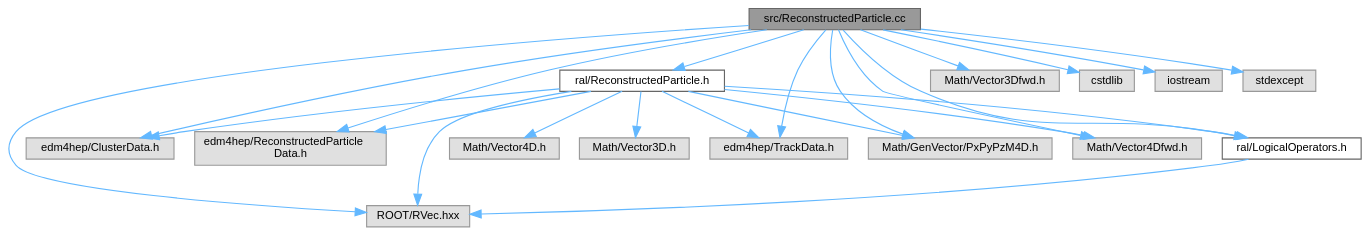
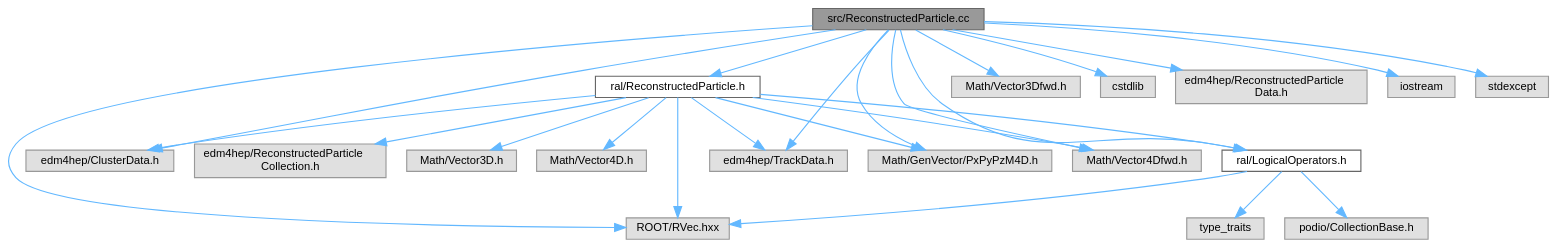
Before and after one commit to kjvbrt/ral: the diagram in docs/ReconstructedParticle_8cc__incl.dot, drawn with Graphviz. The commit also changed 23 other files, not shown here.

```diff
--- a/docs/ReconstructedParticle_8cc__incl.dot
+++ b/docs/ReconstructedParticle_8cc__incl.dot
@@ -1,44 +1,49 @@
 digraph "src/ReconstructedParticle.cc"
 {
  // LATEX_PDF_SIZE
   bgcolor="transparent";
   edge [fontname=Helvetica,fontsize=10,labelfontname=Helvetica,labelfontsize=10];
   node [fontname=Helvetica,fontsize=10,shape=box,height=0.2,width=0.4];
   Node1 [id="Node000001",label="src/ReconstructedParticle.cc",height=0.2,width=0.4,color="gray40", fillcolor="grey60", style="filled", fontcolor="black",tooltip=" "];
   Node1 -> Node2 [id="edge1_Node000001_Node000002",color="steelblue1",style="solid",tooltip=" "];
   Node2 [id="Node000002",label="ral/ReconstructedParticle.h",height=0.2,width=0.4,color="grey40", fillcolor="white", style="filled",URL="$ReconstructedParticle_8h.html",tooltip=" "];
   Node2 -> Node3 [id="edge2_Node000002_Node000003",color="steelblue1",style="solid",tooltip=" "];
   Node3 [id="Node000003",label="Math/Vector3D.h",height=0.2,width=0.4,color="grey60", fillcolor="#E0E0E0", style="filled",tooltip=" "];
   Node2 -> Node4 [id="edge3_Node000002_Node000004",color="steelblue1",style="solid",tooltip=" "];
   Node4 [id="Node000004",label="Math/Vector4D.h",height=0.2,width=0.4,color="grey60", fillcolor="#E0E0E0", style="filled",tooltip=" "];
   Node2 -> Node5 [id="edge4_Node000002_Node000005",color="steelblue1",style="solid",tooltip=" "];
   Node5 [id="Node000005",label="ROOT/RVec.hxx",height=0.2,width=0.4,color="grey60", fillcolor="#E0E0E0", style="filled",tooltip=" "];
   Node2 -> Node6 [id="edge5_Node000002_Node000006",color="steelblue1",style="solid",tooltip=" "];
   Node6 [id="Node000006",label="edm4hep/ClusterData.h",height=0.2,width=0.4,color="grey60", fillcolor="#E0E0E0", style="filled",tooltip=" "];
   Node2 -> Node7 [id="edge6_Node000002_Node000007",color="steelblue1",style="solid",tooltip=" "];
-  Node7 [id="Node000007",label="edm4hep/ReconstructedParticle\lData.h",height=0.2,width=0.4,color="grey60", fillcolor="#E0E0E0", style="filled",tooltip=" "];
+  Node7 [id="Node000007",label="edm4hep/ReconstructedParticle\lCollection.h",height=0.2,width=0.4,color="grey60", fillcolor="#E0E0E0", style="filled",tooltip=" "];
   Node2 -> Node8 [id="edge7_Node000002_Node000008",color="steelblue1",style="solid",tooltip=" "];
   Node8 [id="Node000008",label="edm4hep/TrackData.h",height=0.2,width=0.4,color="grey60", fillcolor="#E0E0E0", style="filled",tooltip=" "];
   Node2 -> Node9 [id="edge8_Node000002_Node000009",color="steelblue1",style="solid",tooltip=" "];
   Node9 [id="Node000009",label="ral/LogicalOperators.h",height=0.2,width=0.4,color="grey40", fillcolor="white", style="filled",URL="$LogicalOperators_8h.html",tooltip=" "];
-  Node9 -> Node5 [id="edge9_Node000009_Node000005",color="steelblue1",style="solid",tooltip=" "];
-  Node2 -> Node10 [id="edge10_Node000002_Node000010",color="steelblue1",style="solid",tooltip=" "];
-  Node10 [id="Node000010",label="Math/GenVector/PxPyPzM4D.h",height=0.2,width=0.4,color="grey60", fillcolor="#E0E0E0", style="filled",tooltip=" "];
-  Node2 -> Node11 [id="edge11_Node000002_Node000011",color="steelblue1",style="solid",tooltip=" "];
-  Node11 [id="Node000011",label="Math/Vector4Dfwd.h",height=0.2,width=0.4,color="grey60", fillcolor="#E0E0E0", style="filled",tooltip=" "];
-  Node1 -> Node9 [id="edge12_Node000001_Node000009",color="steelblue1",style="solid",tooltip=" "];
-  Node1 -> Node10 [id="edge13_Node000001_Node000010",color="steelblue1",style="solid",tooltip=" "];
-  Node1 -> Node12 [id="edge14_Node000001_Node000012",color="steelblue1",style="solid",tooltip=" "];
-  Node12 [id="Node000012",label="Math/Vector3Dfwd.h",height=0.2,width=0.4,color="grey60", fillcolor="#E0E0E0", style="filled",tooltip=" "];
-  Node1 -> Node11 [id="edge15_Node000001_Node000011",color="steelblue1",style="solid",tooltip=" "];
-  Node1 -> Node5 [id="edge16_Node000001_Node000005",color="steelblue1",style="solid",tooltip=" "];
+  Node9 -> Node10 [id="edge9_Node000009_Node000010",color="steelblue1",style="solid",tooltip=" "];
+  Node10 [id="Node000010",label="type_traits",height=0.2,width=0.4,color="grey60", fillcolor="#E0E0E0", style="filled",tooltip=" "];
+  Node9 -> Node5 [id="edge10_Node000009_Node000005",color="steelblue1",style="solid",tooltip=" "];
+  Node9 -> Node11 [id="edge11_Node000009_Node000011",color="steelblue1",style="solid",tooltip=" "];
+  Node11 [id="Node000011",label="podio/CollectionBase.h",height=0.2,width=0.4,color="grey60", fillcolor="#E0E0E0", style="filled",tooltip=" "];
+  Node2 -> Node12 [id="edge12_Node000002_Node000012",color="steelblue1",style="solid",tooltip=" "];
+  Node12 [id="Node000012",label="Math/GenVector/PxPyPzM4D.h",height=0.2,width=0.4,color="grey60", fillcolor="#E0E0E0", style="filled",tooltip=" "];
+  Node2 -> Node13 [id="edge13_Node000002_Node000013",color="steelblue1",style="solid",tooltip=" "];
+  Node13 [id="Node000013",label="Math/Vector4Dfwd.h",height=0.2,width=0.4,color="grey60", fillcolor="#E0E0E0", style="filled",tooltip=" "];
+  Node1 -> Node9 [id="edge14_Node000001_Node000009",color="steelblue1",style="solid",tooltip=" "];
+  Node1 -> Node12 [id="edge15_Node000001_Node000012",color="steelblue1",style="solid",tooltip=" "];
+  Node1 -> Node14 [id="edge16_Node000001_Node000014",color="steelblue1",style="solid",tooltip=" "];
+  Node14 [id="Node000014",label="Math/Vector3Dfwd.h",height=0.2,width=0.4,color="grey60", fillcolor="#E0E0E0", style="filled",tooltip=" "];
   Node1 -> Node13 [id="edge17_Node000001_Node000013",color="steelblue1",style="solid",tooltip=" "];
-  Node13 [id="Node000013",label="cstdlib",height=0.2,width=0.4,color="grey60", fillcolor="#E0E0E0", style="filled",tooltip=" "];
-  Node1 -> Node6 [id="edge18_Node000001_Node000006",color="steelblue1",style="solid",tooltip=" "];
-  Node1 -> Node7 [id="edge19_Node000001_Node000007",color="steelblue1",style="solid",tooltip=" "];
-  Node1 -> Node8 [id="edge20_Node000001_Node000008",color="steelblue1",style="solid",tooltip=" "];
-  Node1 -> Node14 [id="edge21_Node000001_Node000014",color="steelblue1",style="solid",tooltip=" "];
-  Node14 [id="Node000014",label="iostream",height=0.2,width=0.4,color="grey60", fillcolor="#E0E0E0", style="filled",tooltip=" "];
-  Node1 -> Node15 [id="edge22_Node000001_Node000015",color="steelblue1",style="solid",tooltip=" "];
-  Node15 [id="Node000015",label="stdexcept",height=0.2,width=0.4,color="grey60", fillcolor="#E0E0E0", style="filled",tooltip=" "];
+  Node1 -> Node5 [id="edge18_Node000001_Node000005",color="steelblue1",style="solid",tooltip=" "];
+  Node1 -> Node15 [id="edge19_Node000001_Node000015",color="steelblue1",style="solid",tooltip=" "];
+  Node15 [id="Node000015",label="cstdlib",height=0.2,width=0.4,color="grey60", fillcolor="#E0E0E0", style="filled",tooltip=" "];
+  Node1 -> Node6 [id="edge20_Node000001_Node000006",color="steelblue1",style="solid",tooltip=" "];
+  Node1 -> Node16 [id="edge21_Node000001_Node000016",color="steelblue1",style="solid",tooltip=" "];
+  Node16 [id="Node000016",label="edm4hep/ReconstructedParticle\lData.h",height=0.2,width=0.4,color="grey60", fillcolor="#E0E0E0", style="filled",tooltip=" "];
+  Node1 -> Node8 [id="edge22_Node000001_Node000008",color="steelblue1",style="solid",tooltip=" "];
+  Node1 -> Node17 [id="edge23_Node000001_Node000017",color="steelblue1",style="solid",tooltip=" "];
+  Node17 [id="Node000017",label="iostream",height=0.2,width=0.4,color="grey60", fillcolor="#E0E0E0", style="filled",tooltip=" "];
+  Node1 -> Node18 [id="edge24_Node000001_Node000018",color="steelblue1",style="solid",tooltip=" "];
+  Node18 [id="Node000018",label="stdexcept",height=0.2,width=0.4,color="grey60", fillcolor="#E0E0E0", style="filled",tooltip=" "];
 }
```
